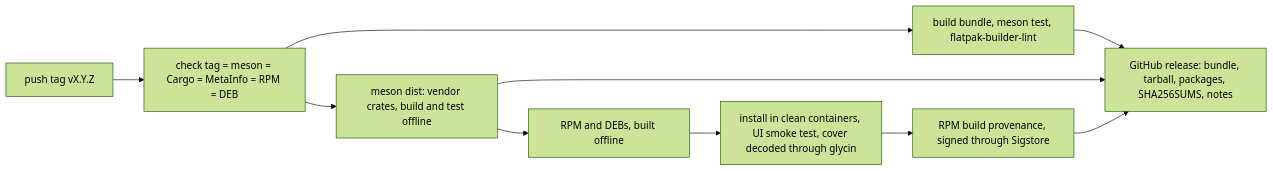
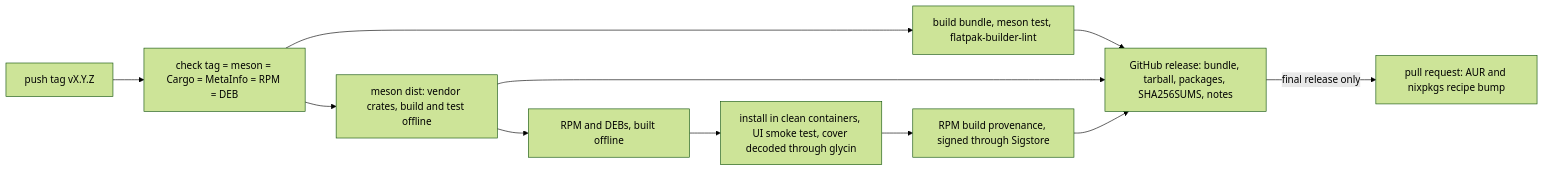
One commit to Tim-van-Oudheusden/pindu-launcher changed the diagram in docs/releasing.md. Above: the diagram before and after it, drawn with Mermaid (forest theme). The commit also changed other lines of this file and 5 other files, not shown here.

First line of the commit message:
ci(release): open the AUR and nixpkgs bump pull request on a final release (#555)

````diff
--- a/docs/releasing.md
+++ b/docs/releasing.md
@@ -9,12 +9,13 @@
 ```mermaid
 flowchart LR
   tag[push tag vX.Y.Z] --> version[check tag = meson = Cargo = MetaInfo = RPM = DEB]
   version --> flatpak[build bundle, meson test, flatpak-builder-lint]
   version --> sources[meson dist: vendor crates, build and test offline]
   sources --> packages[RPM and DEBs, built offline]
   packages --> smoke[install in clean containers, UI smoke test, cover decoded through glycin]
   smoke --> provenance[RPM build provenance, signed through Sigstore]
   flatpak --> publish[GitHub release: bundle, tarball, packages, SHA256SUMS, notes]
   sources --> publish
   provenance --> publish
+  publish -->|final release only| recipes[pull request: AUR and nixpkgs recipe bump]
 ```
````
